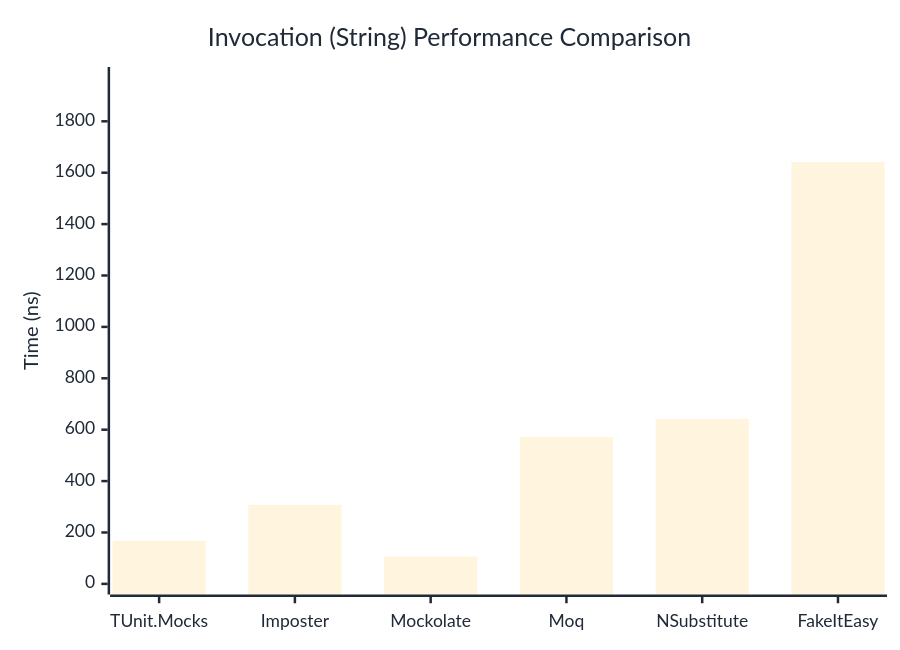
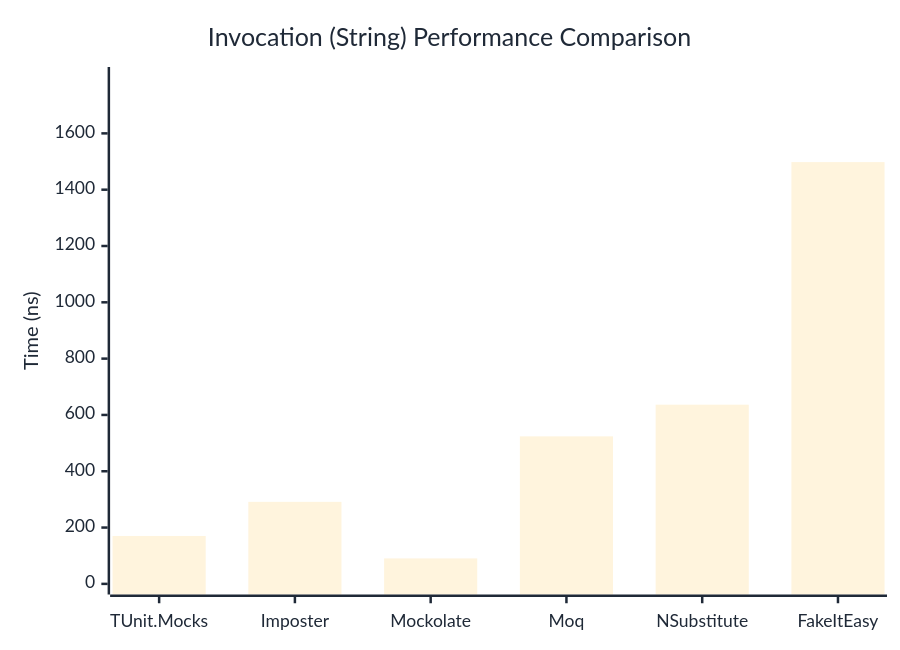
The second of 3 diagrams in docs/docs/benchmarks/mocks/Invocation.md (thomhurst/TUnit), drawn with Mermaid before and after one commit. The commit also changed other lines of this file and 14 other files, not shown here.

````diff
--- a/docs/docs/benchmarks/mocks/Invocation.md
+++ b/docs/docs/benchmarks/mocks/Invocation.md
@@ -71,27 +71,27 @@
 ```mermaid
 %%{init: {
   'theme':'base',
   'themeVariables': {
     'primaryColor': '#2563eb',
     'primaryTextColor': '#1f2937',
     'primaryBorderColor': '#1e40af',
     'lineColor': '#6b7280',
     'secondaryColor': '#7c3aed',
     'tertiaryColor': '#dc2626',
     'background': '#ffffff',
     'pie1': '#2563eb',
     'pie2': '#7c3aed',
     'pie3': '#dc2626',
     'pie4': '#f59e0b',
     'pie5': '#10b981',
     'pie6': '#06b6d4',
     'pie7': '#ec4899',
     'pie8': '#6366f1'
   }
 }}%%
 xychart-beta
   title "Invocation (String) Performance Comparison"
   x-axis ["TUnit.Mocks", "Imposter", "Mockolate", "Moq", "NSubstitute", "FakeItEasy"]
-  y-axis "Time (ns)" 0 --> 1970
-  bar [167.4, 307.7, 106.2, 571.2, 642.2, 1641.4]
+  y-axis "Time (ns)" 0 --> 1798
+  bar [170.21, 291.3, 90.45, 523.89, 636.4, 1497.97]
 ```
````
